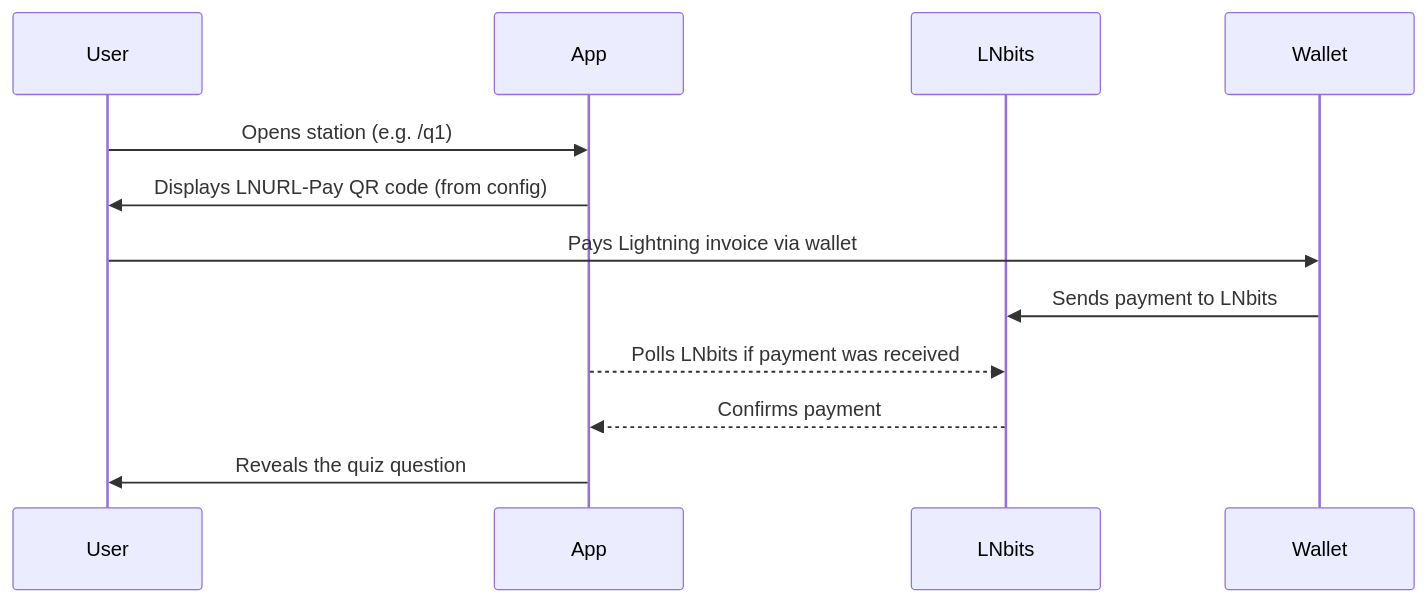
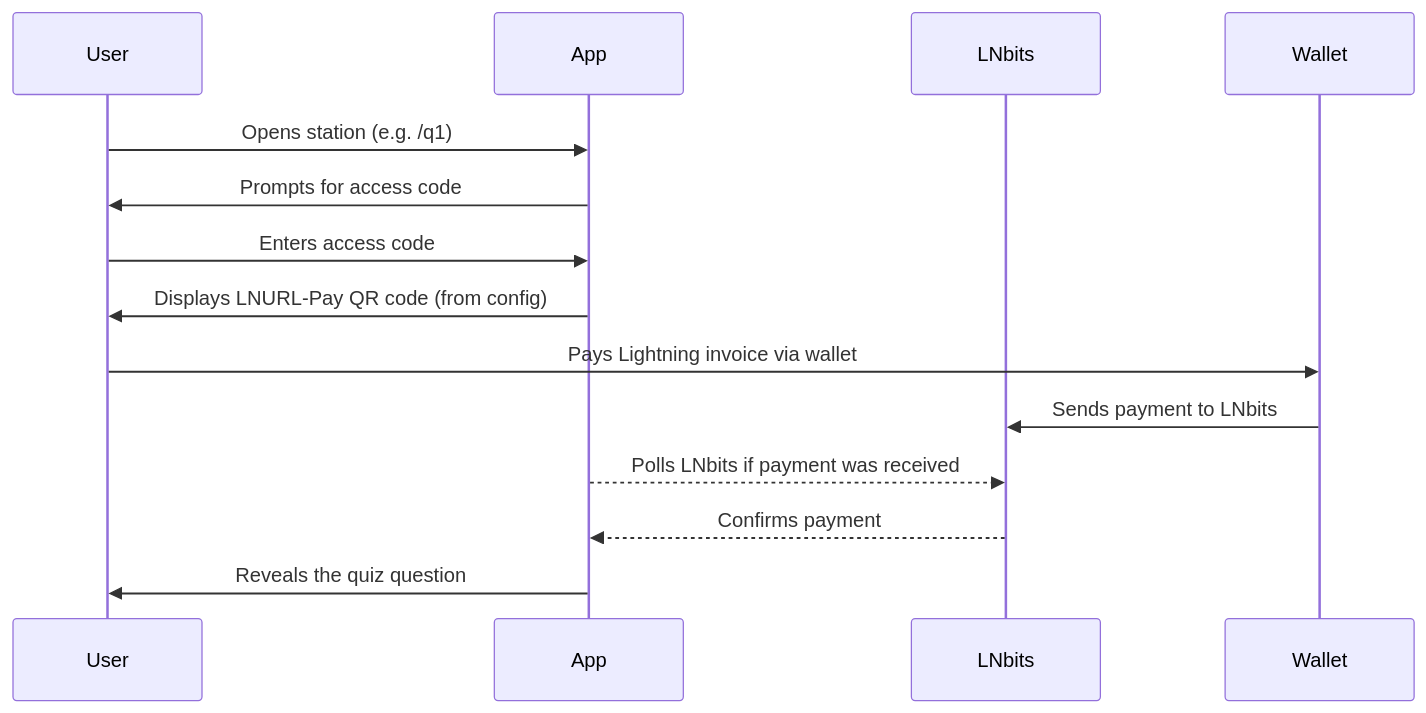
One commit to muraschal/lnhunt changed the diagram in README.md. Above: the diagram before and after it, drawn with Mermaid. The commit also changed other lines of this file and 3 other files, not shown here.

````diff
--- a/README.md
+++ b/README.md
@@ -51,15 +56,17 @@
 ```mermaid
 sequenceDiagram
     participant U as User
     participant A as App
     participant L as LNbits
     participant W as Wallet
 
     U->>A: Opens station (e.g. /q1)
+    A->>U: Prompts for access code
+    U->>A: Enters access code
     A->>U: Displays LNURL-Pay QR code (from config)
     U->>W: Pays Lightning invoice via wallet
     W->>L: Sends payment to LNbits
     A-->>L: Polls LNbits if payment was received
     L-->>A: Confirms payment
     A->>U: Reveals the quiz question
 ```
````
